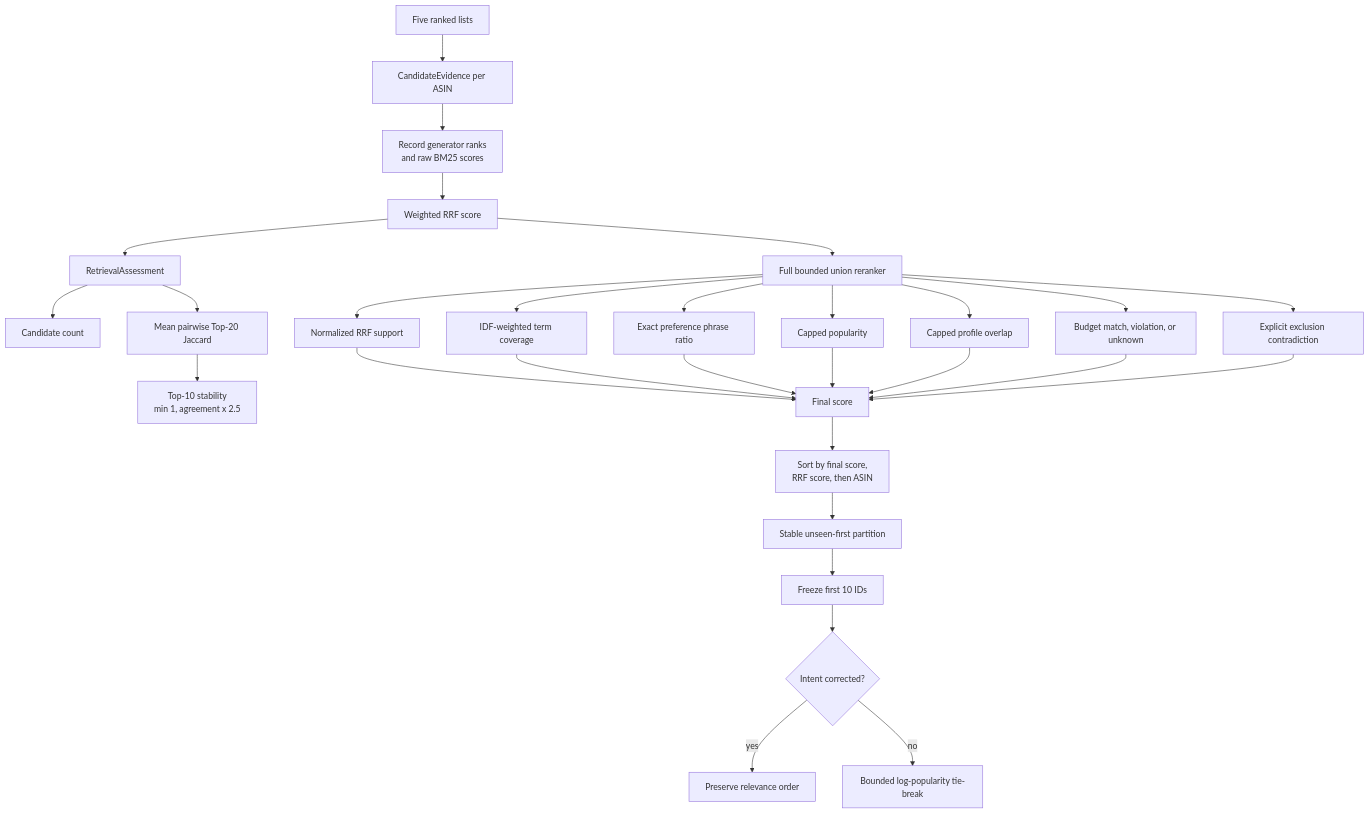
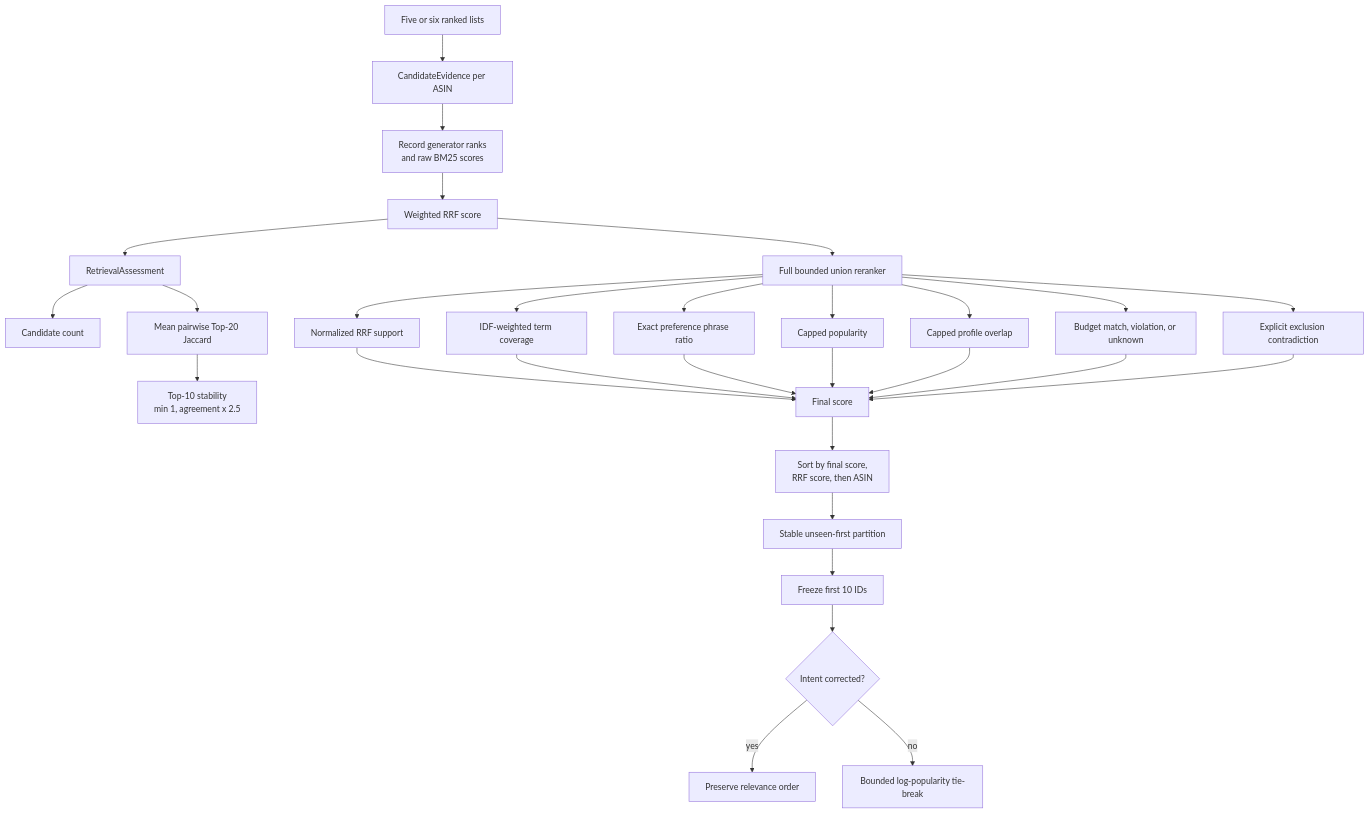
The eighth of 14 diagrams in docs/system-flowcharts.md (ash15khng/tiktok-techjam), drawn with Mermaid before and after one commit. The commit also changed other lines of this file and 13 other files, not shown here.

````diff
--- a/docs/system-flowcharts.md
+++ b/docs/system-flowcharts.md
@@ -389,34 +411,34 @@
 ```mermaid
 flowchart TD
-    A[Five ranked lists] --> B[CandidateEvidence per ASIN]
+    A[Five or six ranked lists] --> B[CandidateEvidence per ASIN]
     B --> C[Record generator ranks<br/>and raw BM25 scores]
     C --> D[Weighted RRF score]
 
     D --> E[RetrievalAssessment]
     E --> E1[Candidate count]
     E --> E2[Mean pairwise Top-20 Jaccard]
     E2 --> E3[Top-10 stability<br/>min 1, agreement x 2.5]
 
     D --> F[Full bounded union reranker]
     F --> F1[Normalized RRF support]
     F --> F2[IDF-weighted term coverage]
     F --> F3[Exact preference phrase ratio]
     F --> F4[Capped popularity]
     F --> F5[Capped profile overlap]
     F --> F6[Budget match, violation, or unknown]
     F --> F7[Explicit exclusion contradiction]
 
     F1 --> G[Final score]
     F2 --> G
     F3 --> G
     F4 --> G
     F5 --> G
     F6 --> G
     F7 --> G
     G --> H[Sort by final score,<br/>RRF score, then ASIN]
     H --> I[Stable unseen-first partition]
     I --> J[Freeze first 10 IDs]
     J --> K{Intent corrected?}
     K -->|yes| L[Preserve relevance order]
     K -->|no| M[Bounded log-popularity tie-break]
 ```
````
